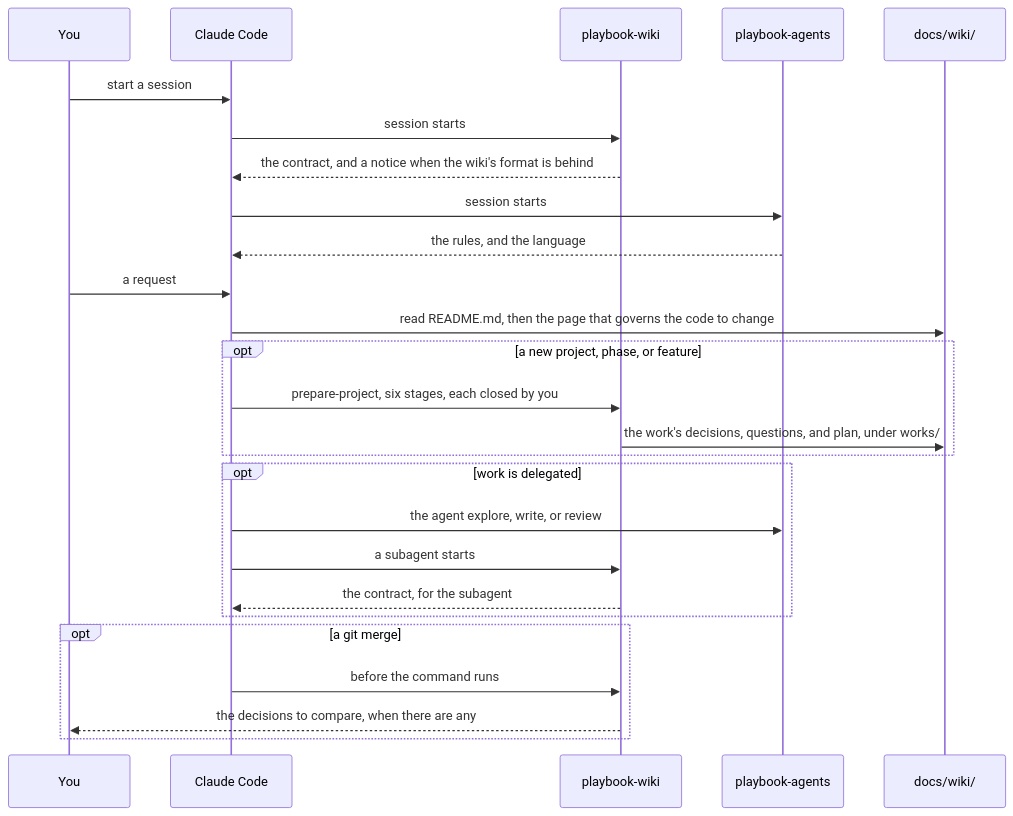
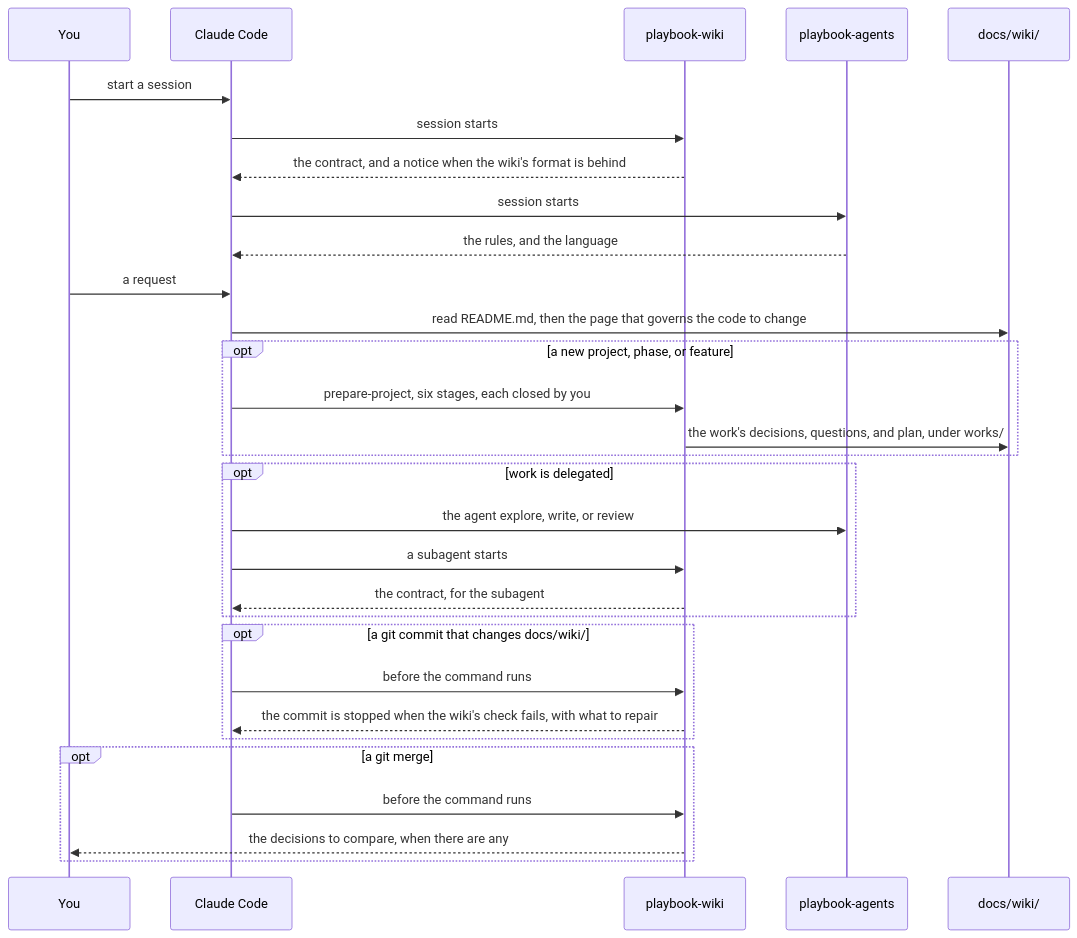
One commit to andresfrei/playbook changed the second of 2 diagrams in README.md. Above: the diagram before and after it, drawn with Mermaid. The commit also changed other lines of this file and 4 other files, not shown here.

Commit message:
docs(wiki): close the work wiki-check-on-commit

````diff
--- a/README.md
+++ b/README.md
@@ -36,28 +36,32 @@
 ```mermaid
 sequenceDiagram
   participant You
   participant CC as Claude Code
   participant W as playbook-wiki
   participant A as playbook-agents
   participant Wiki as docs/wiki/
   You->>CC: start a session
   CC->>W: session starts
   W-->>CC: the contract, and a notice when the wiki's format is behind
   CC->>A: session starts
   A-->>CC: the rules, and the language
   You->>CC: a request
   CC->>Wiki: read README.md, then the page that governs the code to change
   opt a new project, phase, or feature
     CC->>W: prepare-project, six stages, each closed by you
     W->>Wiki: the work's decisions, questions, and plan, under works/
   end
   opt work is delegated
     CC->>A: the agent explore, write, or review
     CC->>W: a subagent starts
     W-->>CC: the contract, for the subagent
   end
+  opt a git commit that changes docs/wiki/
+    CC->>W: before the command runs
+    W-->>CC: the commit is stopped when the wiki's check fails, with what to repair
+  end
   opt a git merge
     CC->>W: before the command runs
     W-->>You: the decisions to compare, when there are any
   end
 ```
````
